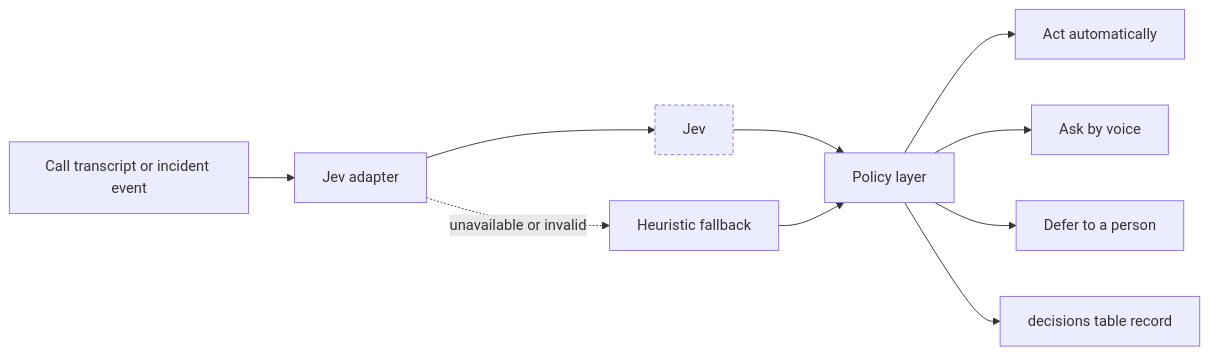
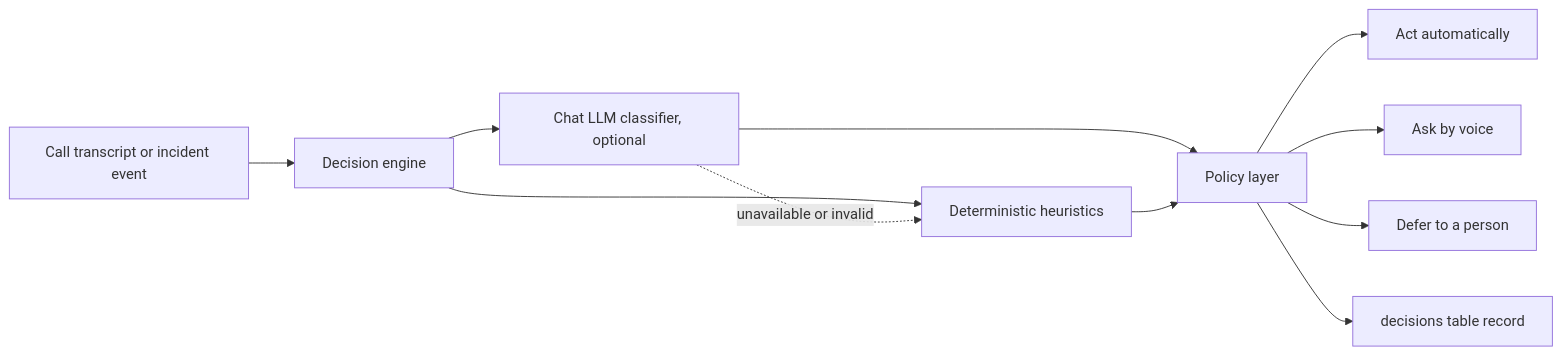
One commit to shreya-mishra325/svaar changed the fourth of 4 diagrams in plans/PLAN.md. Above: the diagram before and after it, drawn with Mermaid. The commit also changed other lines of this file and 4 other files, not shown here.

````diff
--- a/plans/PLAN.md
+++ b/plans/PLAN.md
@@ -165,15 +167,14 @@
 ```mermaid
 flowchart LR
-    Input["Call transcript or incident event"] --> Adapter["Jev adapter"]
-    Adapter --> Jev["Jev"]
-    Jev --> Policy["Policy layer"]
-    Adapter -. "unavailable or invalid" .-> Fallback["Heuristic fallback"]
+    Input["Call transcript or incident event"] --> Engine["Decision engine"]
+    Engine --> Classifier["Chat LLM classifier, optional"]
+    Engine --> Fallback["Deterministic heuristics"]
+    Classifier -. "unavailable or invalid" .-> Fallback
+    Classifier --> Policy["Policy layer"]
     Fallback --> Policy
     Policy --> Auto["Act automatically"]
     Policy --> Ask["Ask by voice"]
     Policy --> Defer["Defer to a person"]
     Policy --> Audit["decisions table record"]
 
-    classDef external stroke-dasharray: 4 3
-    class Jev external
 ```
````
